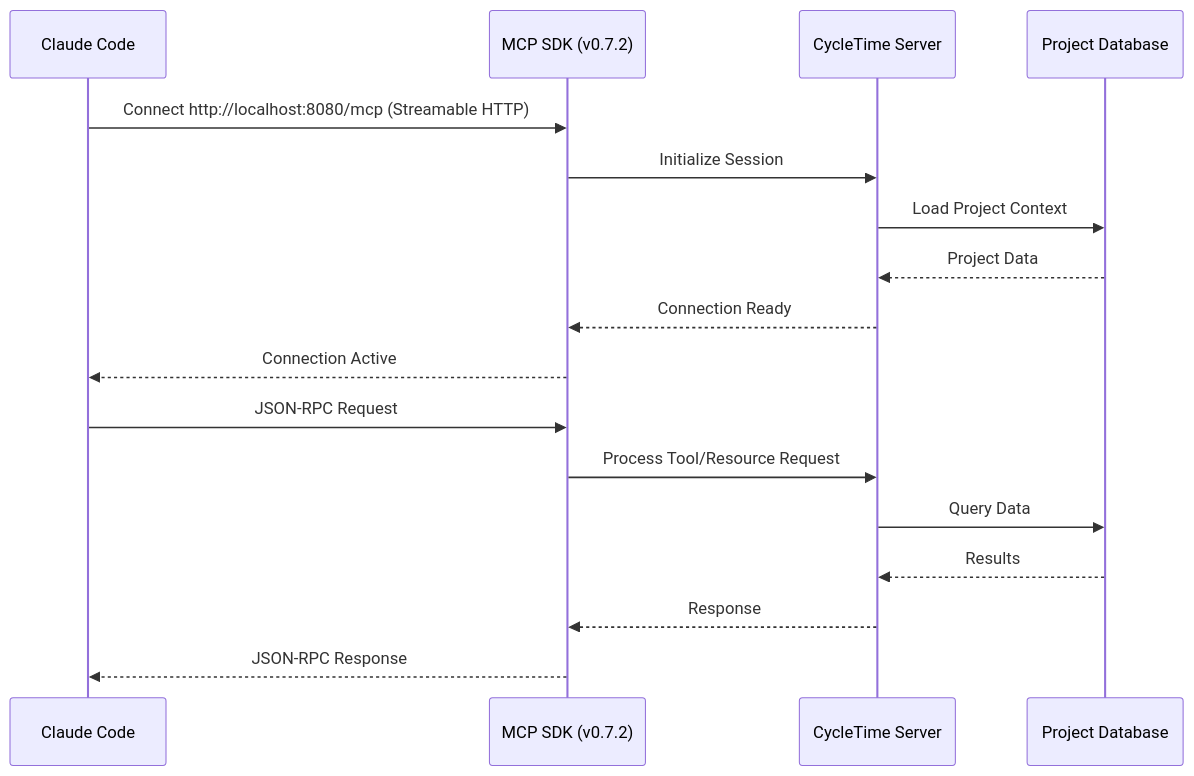
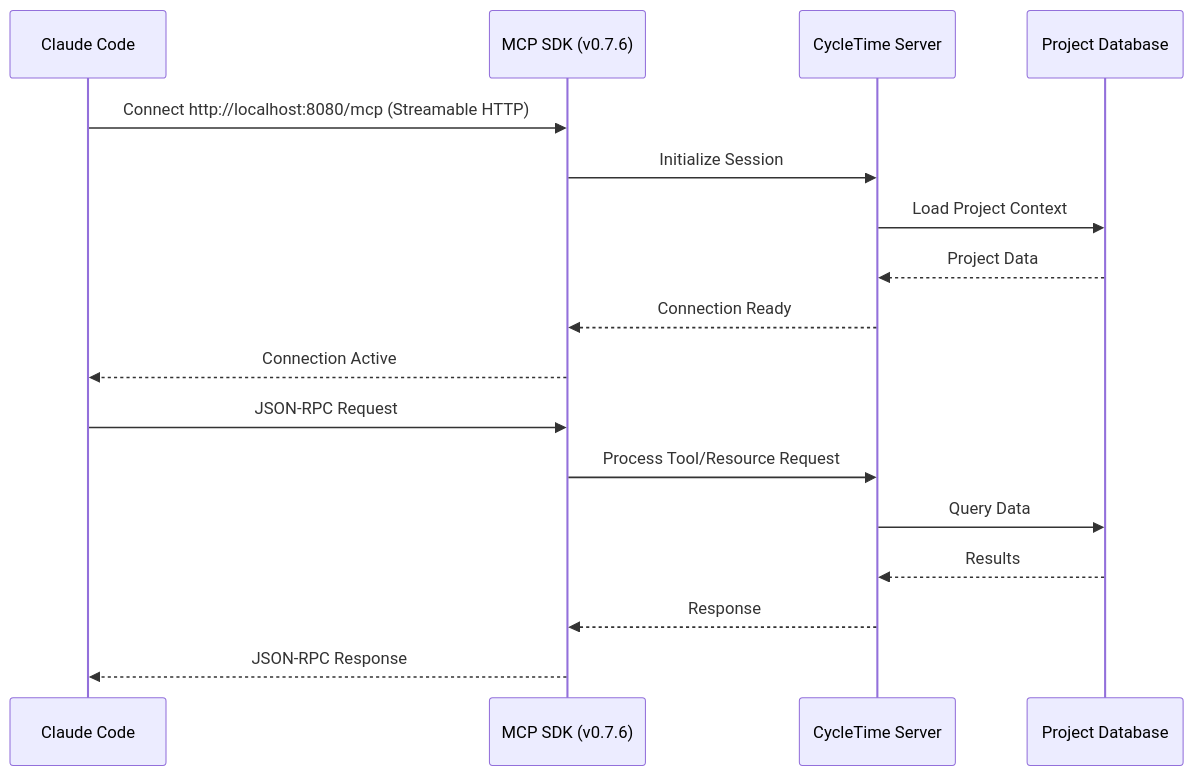
Before and after one commit to spiralhouse/cycletime: the diagram in docs/guides/getting-started/mcp-client-setup-guide.md, drawn with Mermaid. The commit also changed other lines of this file and 5 other files, not shown here.

First line of the commit message:
docs(spi-1188): update MCP Kotlin SDK version references to v0.7.6

````diff
--- a/docs/guides/getting-started/mcp-client-setup-guide.md
+++ b/docs/guides/getting-started/mcp-client-setup-guide.md
@@ -30,21 +30,21 @@
 ```mermaid
 sequenceDiagram
     participant CC as Claude Code
-    participant SDK as MCP SDK (v0.7.2)
+    participant SDK as MCP SDK (v0.7.6)
     participant Server as CycleTime Server
     participant DB as Project Database
 
     CC->>SDK: Connect http://localhost:8080/mcp (Streamable HTTP)
     SDK->>Server: Initialize Session
     Server->>DB: Load Project Context
     DB-->>Server: Project Data
     Server-->>SDK: Connection Ready
     SDK-->>CC: Connection Active
 
     CC->>SDK: JSON-RPC Request
     SDK->>Server: Process Tool/Resource Request
     Server->>DB: Query Data
     DB-->>Server: Results
     Server-->>SDK: Response
     SDK-->>CC: JSON-RPC Response
 ```
````
